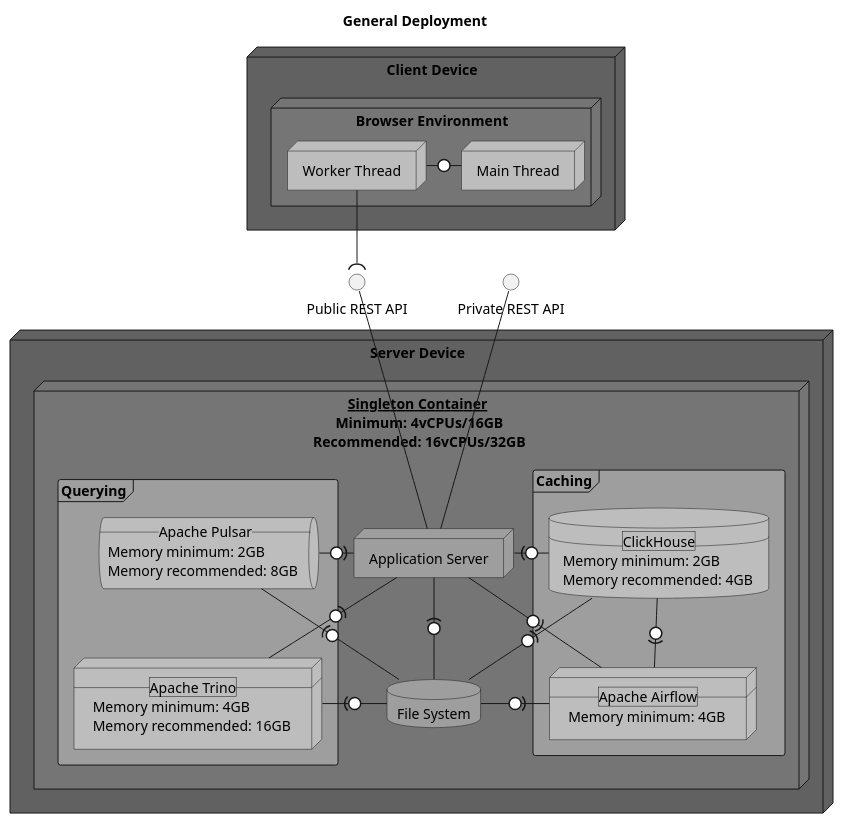
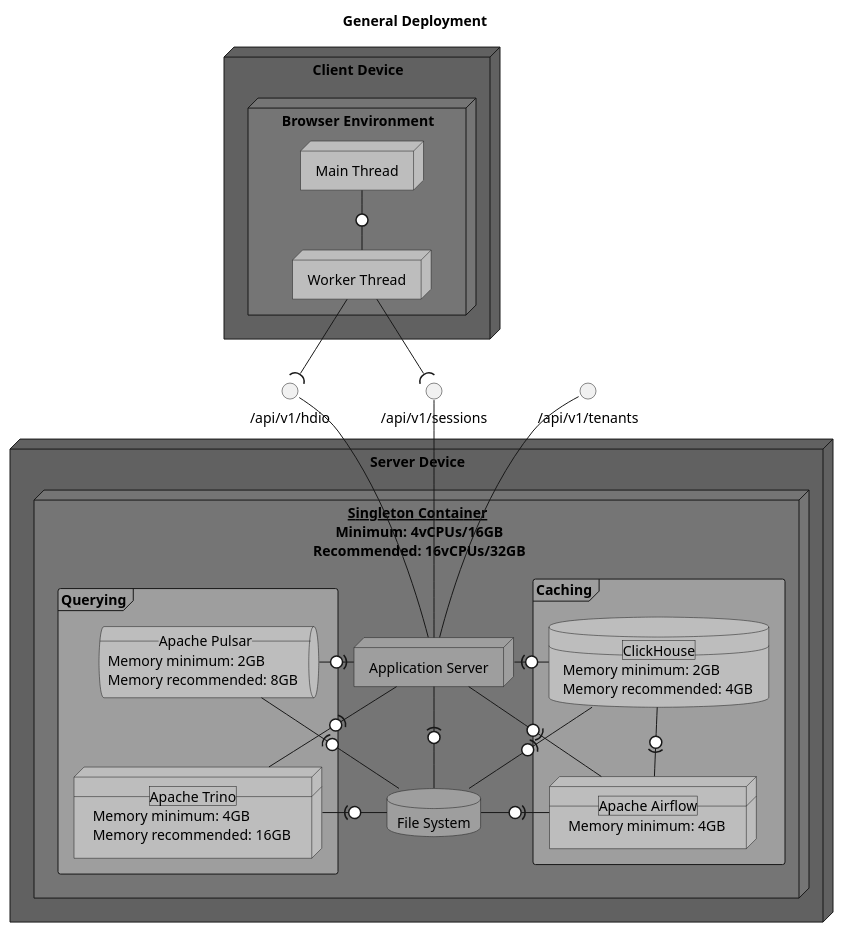
One commit to hdml-github/hdml-github.github.io changed the first of 5 diagrams in puml/general.puml. Above: the diagram before and after it, drawn with PlantUML. The commit also changed other lines of this file and 4 other files, not shown here.

```diff
--- a/puml/general.puml
+++ b/puml/general.puml
@@ -1,52 +1,54 @@
 @startuml deployment
-
   title General Deployment
 
   node "Client Device" as Client_Device #616161 {
     node "Browser Environment" as Browser_Environment #757575 {
       node "Main Thread" as Main_Thread #bdbdbd
       node "Worker Thread" as Worker_Thread #bdbdbd
 
-      Worker_Thread -ri0- Main_Thread
+      Main_Thread -0- Worker_Thread
     }
   }
 
   node "Server Device" as Server_Device #616161 {
     node "__Singleton Container__\n Minimum: 4vCPUs/16GB\n Recommended: 16vCPUs/32GB" as Singleton_Container #757575 {
       node "Application Server" as Application_Server [[./application.svg]] #9e9e9e
 
       frame "Querying" as Querying #9e9e9e {
         queue "__Apache Pulsar__\n Memory minimum: 2GB\n Memory recommended: 8GB" as Apache_Pulsar #bdbdbd
         Apache_Pulsar -ri0)- Application_Server
 
         node "__Apache Trino__\n Memory minimum: 4GB\n Memory recommended: 16GB" as Apache_Trino #bdbdbd
         Apache_Pulsar -[hidden]- Apache_Trino
         Application_Server -(0- Apache_Trino
       }
 
       frame "Caching" as Caching #9e9e9e {
         node "__Apache Airflow__\n Memory minimum: 4GB" as Apache_Airflow #bdbdbd
         Application_Server -0)- Apache_Airflow
 
         database "__ClickHouse__\n Memory minimum: 2GB\n Memory recommended: 4GB" as ClickHouse #bdbdbd
         ClickHouse -0)- Apache_Airflow
         Application_Server -ri(0- ClickHouse
       }
 
       database "File System" as File_System [[./fs.svg]] #9e9e9e
       Apache_Pulsar -(0- File_System
       Apache_Trino -ri(0- File_System
       Application_Server -(0- File_System
       ClickHouse -(0- File_System
       Apache_Airflow -le(0- File_System
     }
   }
 
-  interface "Public REST API" as Public_REST_API
+  interface "/api/v1/hdio" as Public_REST_API
   Worker_Thread --( Public_REST_API
   Public_REST_API -- Application_Server
 
-  interface "Private REST API" as Private_REST_API
-  Private_REST_API -- Application_Server
+  interface "/api/v1/sessions" as Sessions_REST_API
+  Worker_Thread --( Sessions_REST_API
+  Sessions_REST_API -- Application_Server
 
+  interface "/api/v1/tenants" as Tenants_REST_API
+  Tenants_REST_API -- Application_Server
 @enduml
```
